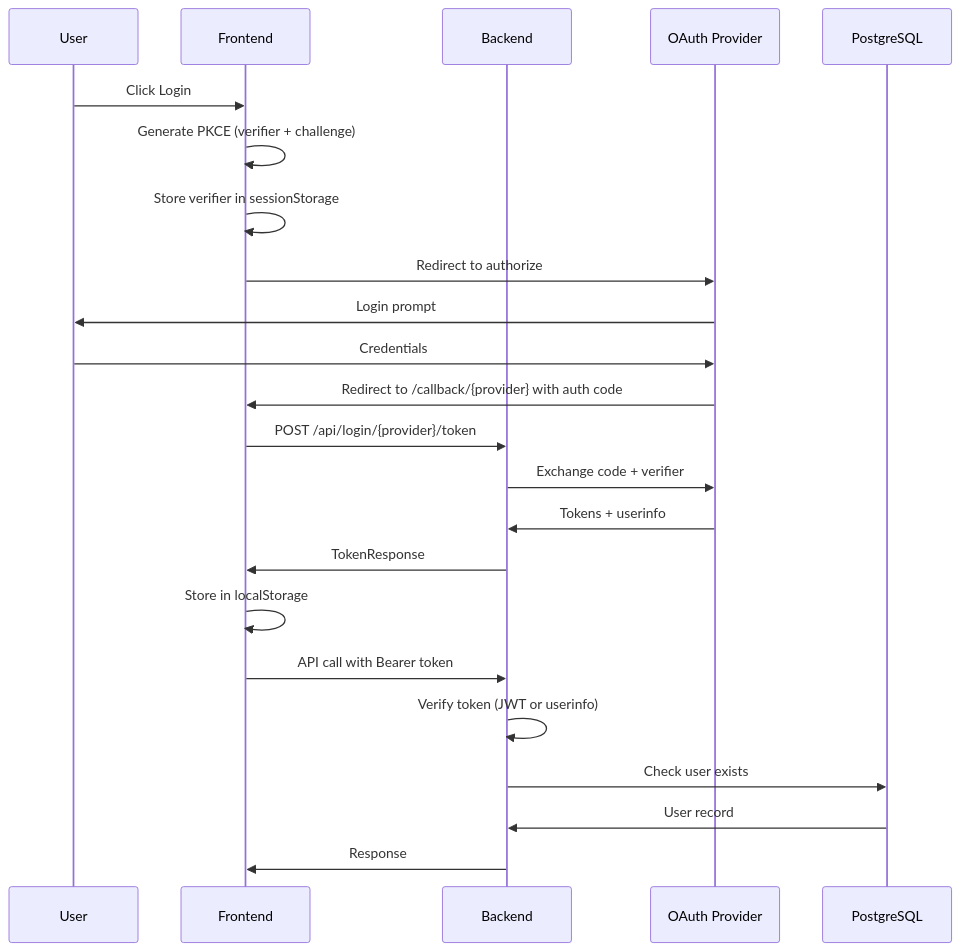
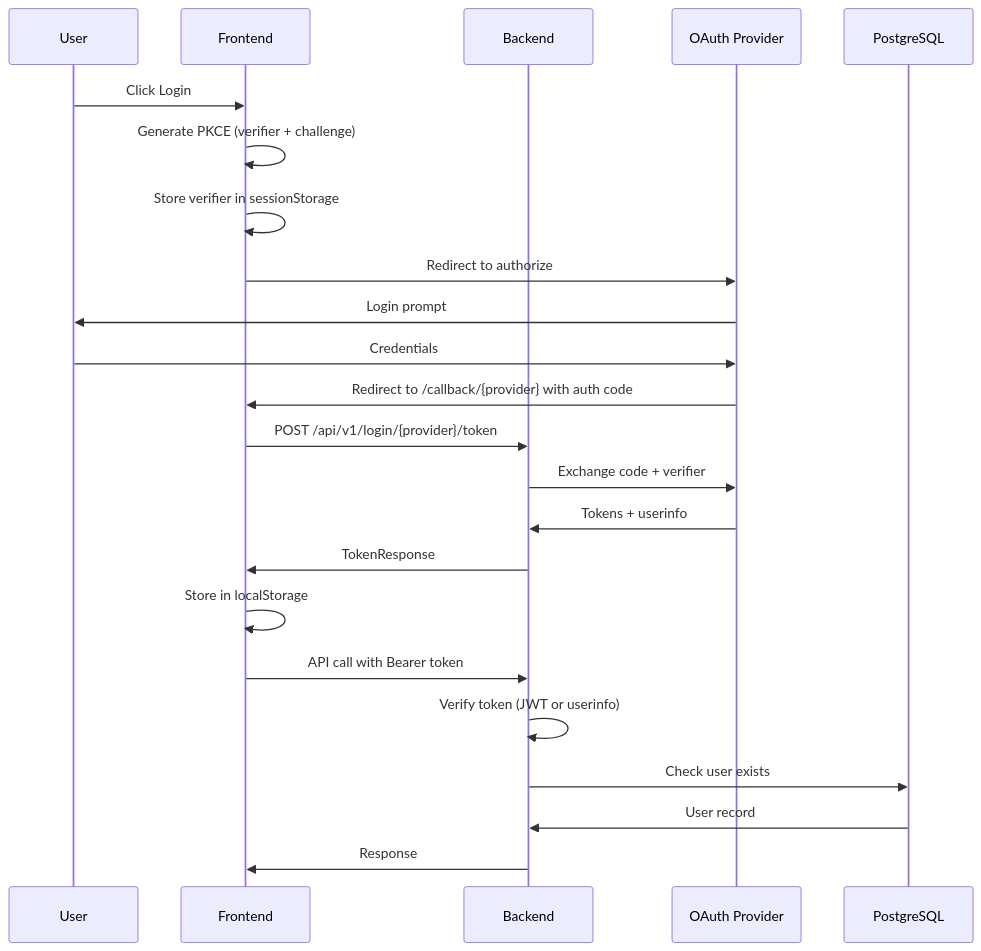
The diagram in llm.arch.auth.md (LatticeCast/LatticeCast), drawn with Mermaid before and after one commit. The commit also changed other lines of this file and 6 other files, not shown here.

````diff
--- a/llm.arch.auth.md
+++ b/llm.arch.auth.md
@@ -11,26 +11,26 @@
 ```mermaid
 sequenceDiagram
     participant U as User
     participant FE as Frontend
     participant BE as Backend
     participant P as OAuth Provider
     participant DB as PostgreSQL
 
     U->>FE: Click Login
     FE->>FE: Generate PKCE (verifier + challenge)
     FE->>FE: Store verifier in sessionStorage
     FE->>P: Redirect to authorize
     P->>U: Login prompt
     U->>P: Credentials
     P->>FE: Redirect to /callback/{provider} with auth code
-    FE->>BE: POST /api/login/{provider}/token
+    FE->>BE: POST /api/v1/login/{provider}/token
     BE->>P: Exchange code + verifier
     P->>BE: Tokens + userinfo
     BE->>FE: TokenResponse
     FE->>FE: Store in localStorage
     FE->>BE: API call with Bearer token
     BE->>BE: Verify token (JWT or userinfo)
     BE->>DB: Check user exists
     DB->>BE: User record
     BE->>FE: Response
 ```
````
